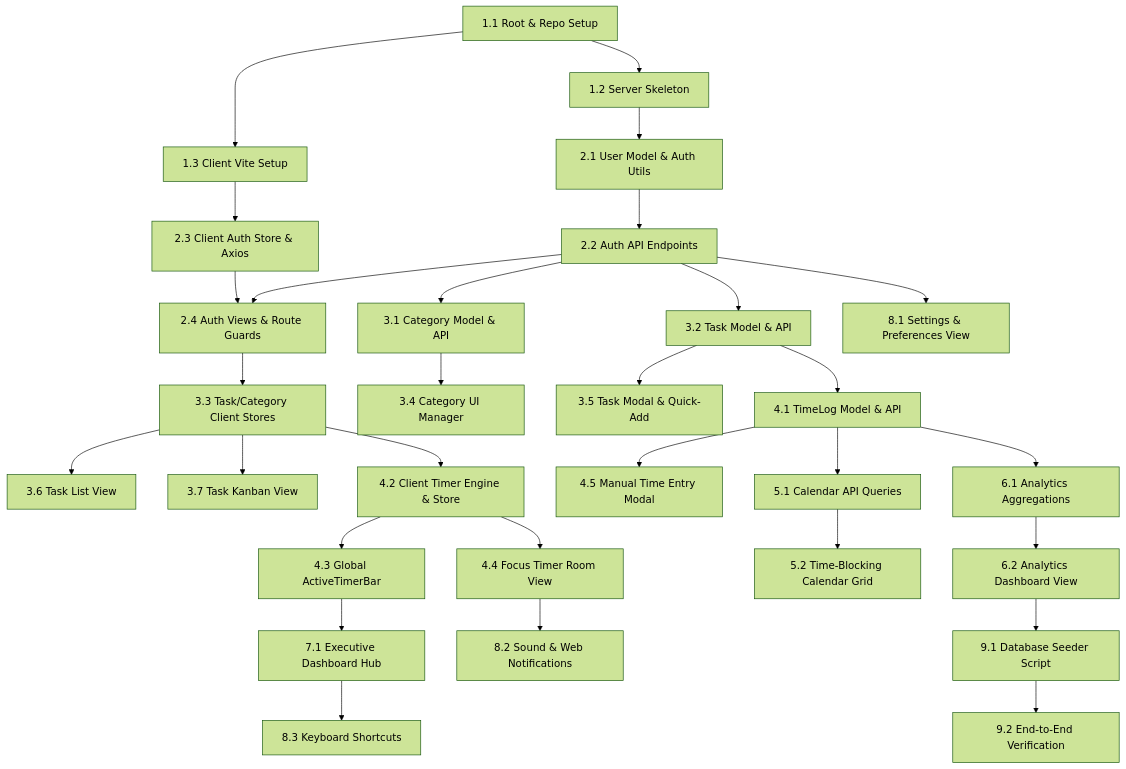
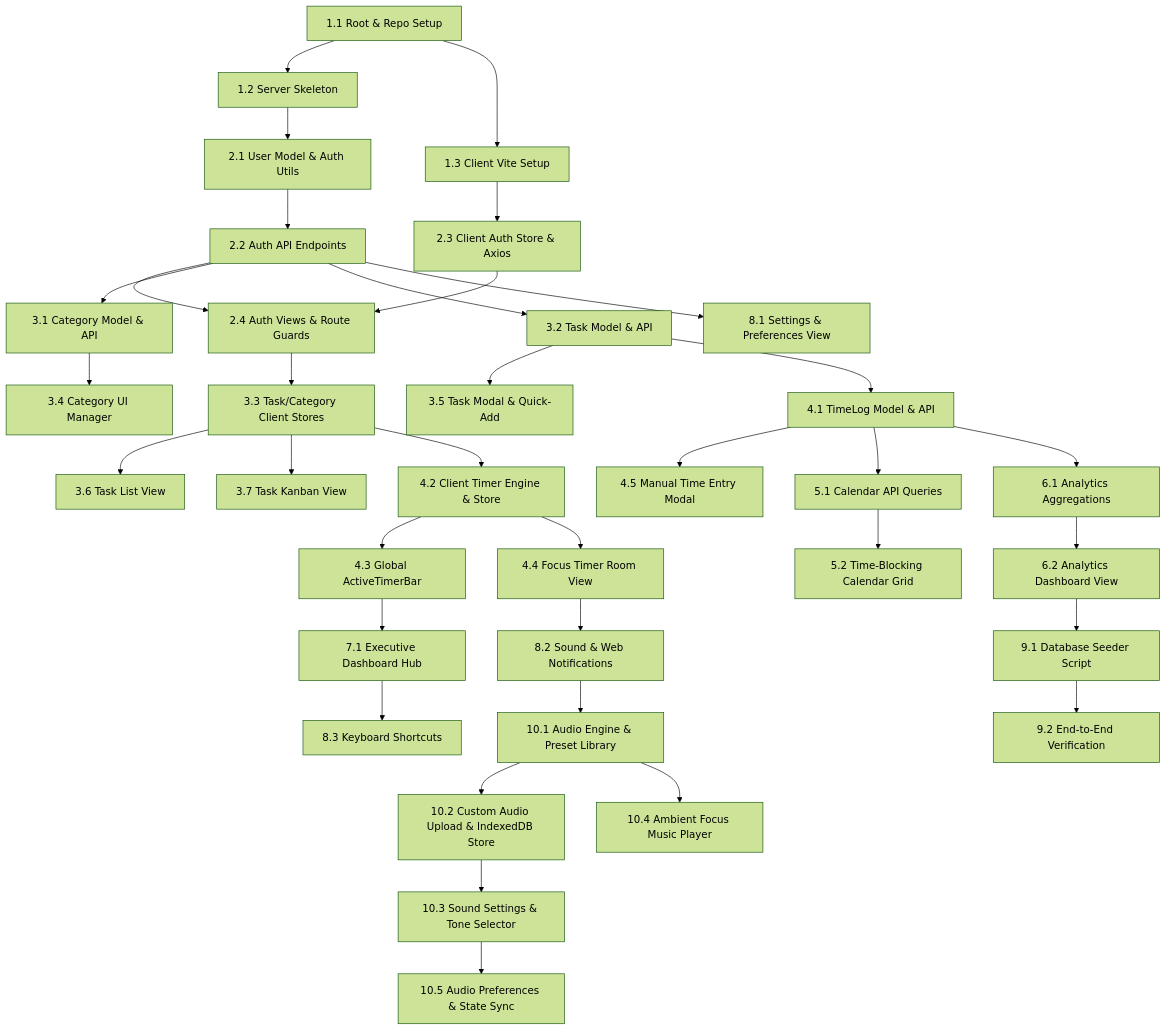
One commit to Suminona06/timemanagement changed the diagram in tasks.md. Above: the diagram before and after it, drawn with Mermaid (forest theme). The commit also changed other lines of this file and 2 other files, not shown here.

Commit message:
docs: add custom music and nada dering feature to PRD and tasks

````diff
--- a/tasks.md
+++ b/tasks.md
@@ -15,38 +15,44 @@
 ```mermaid
 graph TD
     T1_1[1.1 Root & Repo Setup] --> T1_2[1.2 Server Skeleton]
     T1_1 --> T1_3[1.3 Client Vite Setup]
     
     T1_2 --> T2_1[2.1 User Model & Auth Utils]
     T2_1 --> T2_2[2.2 Auth API Endpoints]
     T1_3 --> T2_3[2.3 Client Auth Store & Axios]
     T2_2 --> T2_4[2.4 Auth Views & Route Guards]
     T2_3 --> T2_4
     
     T2_2 --> T3_1[3.1 Category Model & API]
     T2_2 --> T3_2[3.2 Task Model & API]
     T2_4 --> T3_3[3.3 Task/Category Client Stores]
     T3_1 --> T3_4[3.4 Category UI Manager]
     T3_2 --> T3_5[3.5 Task Modal & Quick-Add]
     T3_3 --> T3_6[3.6 Task List View]
     T3_3 --> T3_7[3.7 Task Kanban View]
     
     T3_2 --> T4_1[4.1 TimeLog Model & API]
     T3_3 --> T4_2[4.2 Client Timer Engine & Store]
     T4_2 --> T4_3[4.3 Global ActiveTimerBar]
     T4_2 --> T4_4[4.4 Focus Timer Room View]
     T4_1 --> T4_5[4.5 Manual Time Entry Modal]
     
     T4_1 --> T5_1[5.1 Calendar API Queries]
     T4_1 --> T6_1[6.1 Analytics Aggregations]
     T5_1 --> T5_2[5.2 Time-Blocking Calendar Grid]
     T6_1 --> T6_2[6.2 Analytics Dashboard View]
     
     T4_3 --> T7_1[7.1 Executive Dashboard Hub]
     T2_2 --> T8_1[8.1 Settings & Preferences View]
     T4_4 --> T8_2[8.2 Sound & Web Notifications]
     T7_1 --> T8_3[8.3 Keyboard Shortcuts]
     
     T6_2 --> T9_1[9.1 Database Seeder Script]
     T9_1 --> T9_2[9.2 End-to-End Verification]
+
+    T8_2 --> T10_1[10.1 Audio Engine & Preset Library]
+    T10_1 --> T10_2[10.2 Custom Audio Upload & IndexedDB Store]
+    T10_2 --> T10_3[10.3 Sound Settings & Tone Selector]
+    T10_1 --> T10_4[10.4 Ambient Focus Music Player]
+    T10_3 --> T10_5[10.5 Audio Preferences & State Sync]
 ```
````
